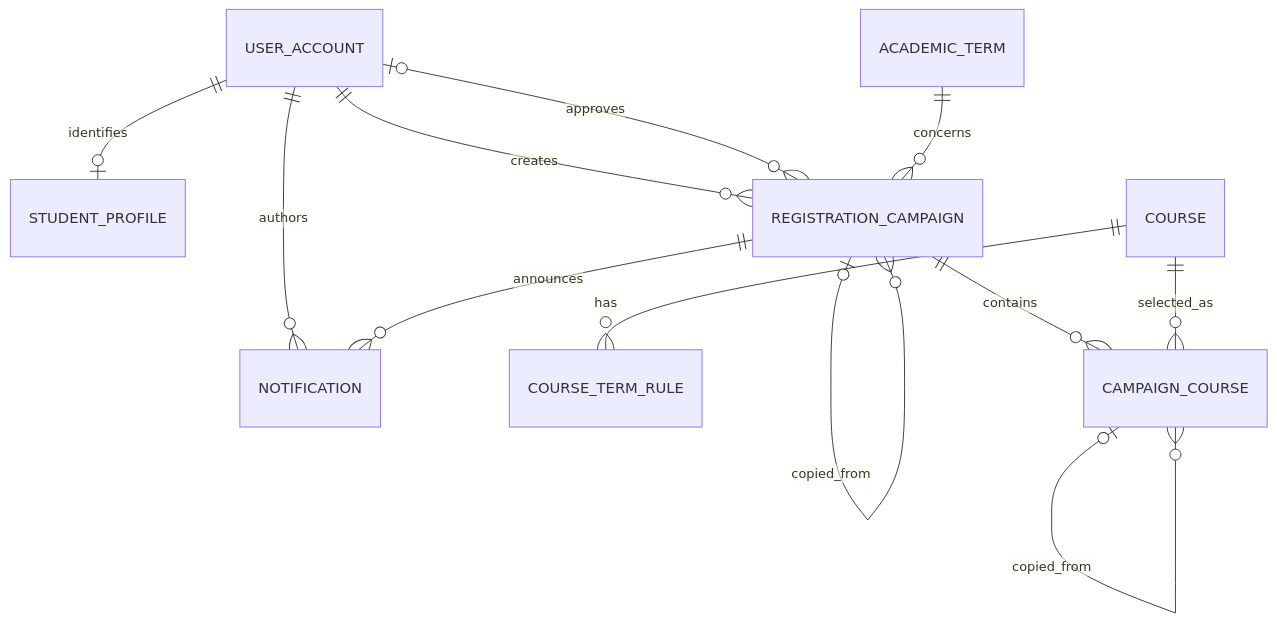
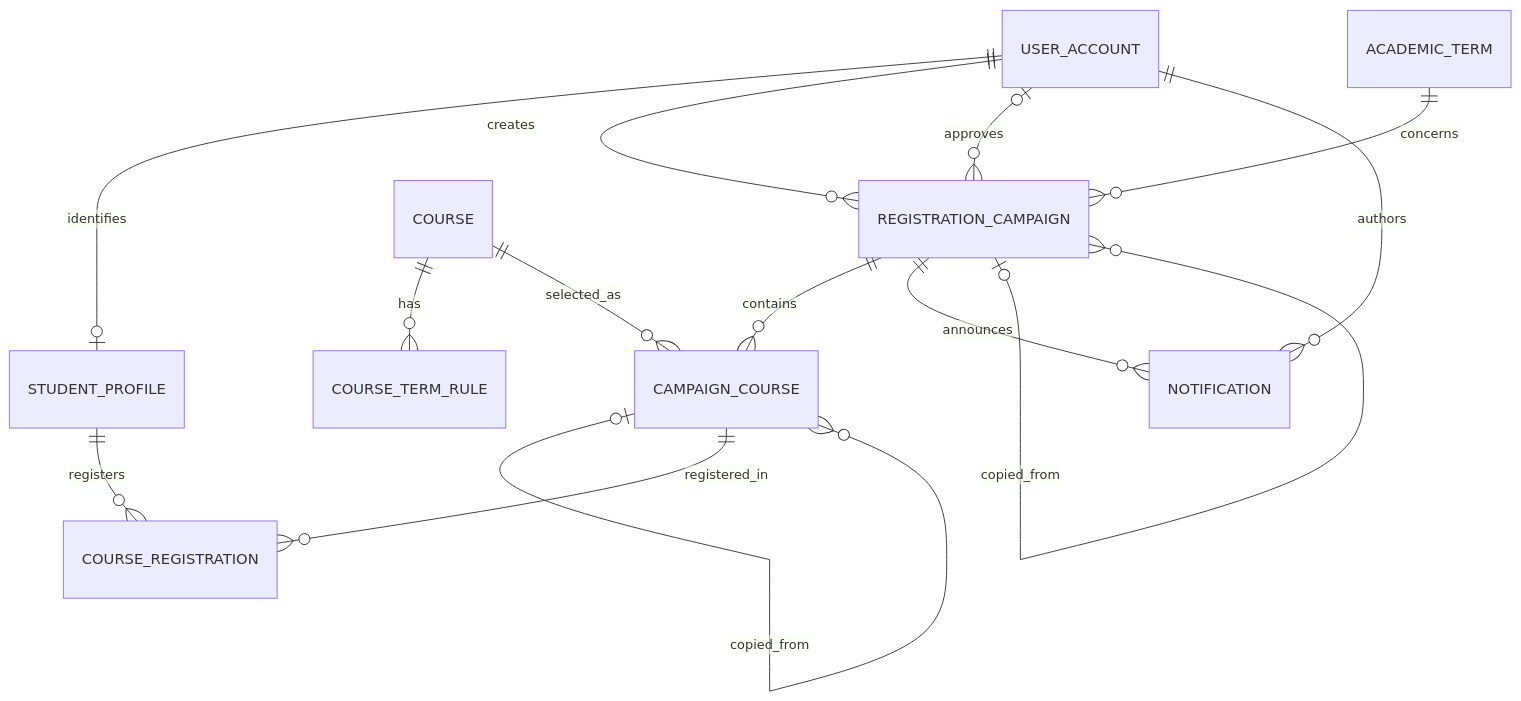
Before and after one commit to DangTran-hub/et4430-20261: the diagram in docs/data/erd.md, drawn with Mermaid. The commit also changed other lines of this file and 35 other files, not shown here.

````diff
--- a/docs/data/erd.md
+++ b/docs/data/erd.md
@@ -30,14 +36,16 @@
 ```mermaid
 erDiagram
     USER_ACCOUNT ||--o| STUDENT_PROFILE : identifies
     USER_ACCOUNT ||--o{ REGISTRATION_CAMPAIGN : creates
     USER_ACCOUNT o|--o{ REGISTRATION_CAMPAIGN : approves
     USER_ACCOUNT ||--o{ NOTIFICATION : authors
     ACADEMIC_TERM ||--o{ REGISTRATION_CAMPAIGN : concerns
     COURSE ||--o{ COURSE_TERM_RULE : has
     REGISTRATION_CAMPAIGN ||--o{ CAMPAIGN_COURSE : contains
     COURSE ||--o{ CAMPAIGN_COURSE : selected_as
     REGISTRATION_CAMPAIGN ||--o{ NOTIFICATION : announces
     REGISTRATION_CAMPAIGN o|--o{ REGISTRATION_CAMPAIGN : copied_from
     CAMPAIGN_COURSE o|--o{ CAMPAIGN_COURSE : copied_from
+    STUDENT_PROFILE ||--o{ COURSE_REGISTRATION : registers
+    CAMPAIGN_COURSE ||--o{ COURSE_REGISTRATION : registered_in
 ```
````
